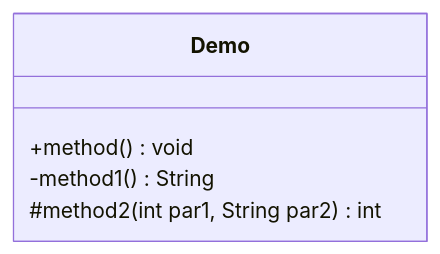
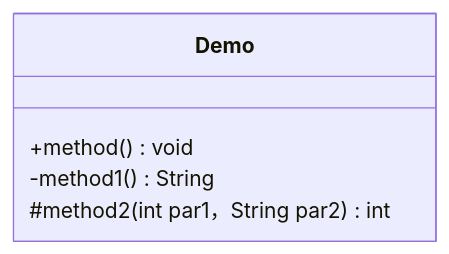
The third of 3 diagrams in Design-Pattern/设计模式.md (csliujw/CodeNotes), drawn with Mermaid before and after one commit. The commit also changed other lines of this file and 157 other files, not shown here.

````diff
--- a/Design-Pattern/设计模式.md
+++ b/Design-Pattern/设计模式.md
@@ -177,8 +237,8 @@
 ```mermaid
 classDiagram
 class Demo{
 	+method() void
 	-method1() String
-	#method2(int par1, String par2) int
+	#method2(int par1，String par2) int
 }
 ```
````
